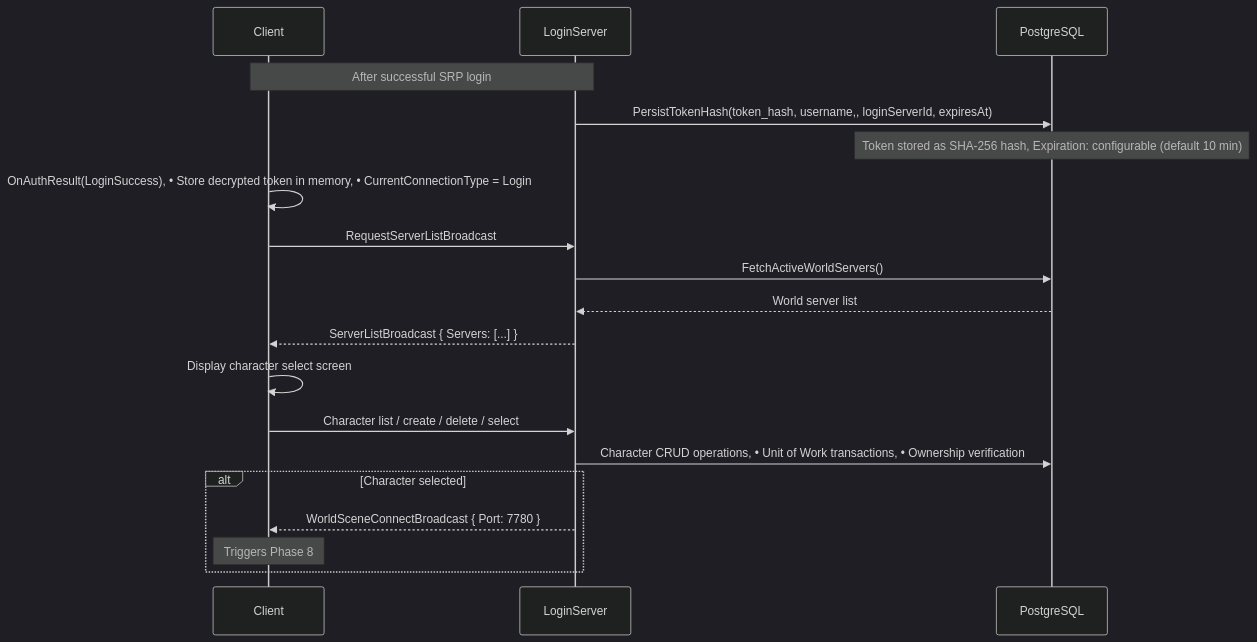
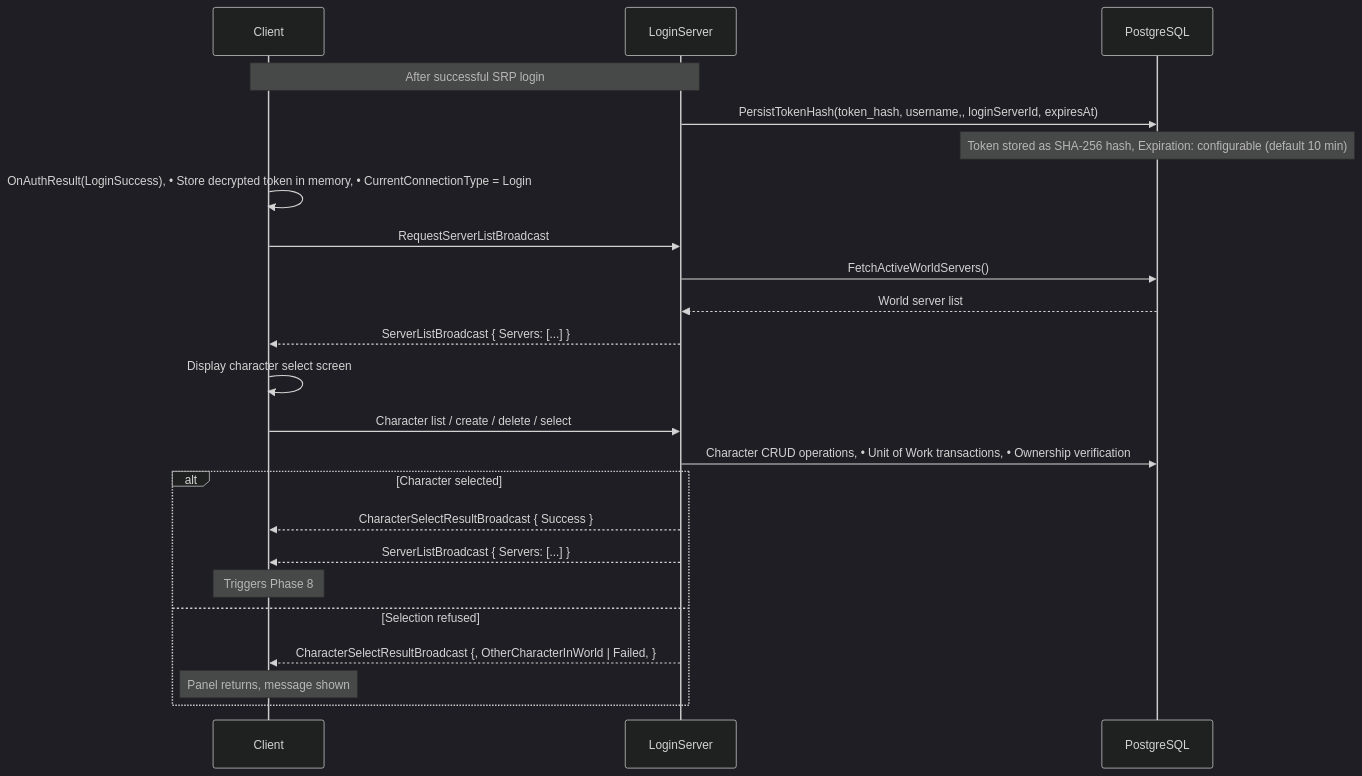
Before and after one commit to jimdroberts/FishMMO: the seventh of 13 diagrams in CONNECTION_PIPELINE.md, drawn with Mermaid (dark theme). The commit also changed other lines of this file and 19 other files, not shown here.

````diff
--- a/CONNECTION_PIPELINE.md
+++ b/CONNECTION_PIPELINE.md
@@ -449,28 +449,32 @@
 ```mermaid
 sequenceDiagram
     participant Client as Client
     participant Login as LoginServer
     participant DB as PostgreSQL
 
     Note over Client,Login: After successful SRP login
 
     Login->>DB: PersistTokenHash(token_hash, username,,   loginServerId, expiresAt)
     Note over DB: Token stored as SHA-256 hash, Expiration: configurable (default 10 min)
 
     Client->>Client: OnAuthResult(LoginSuccess), • Store decrypted token in memory, • CurrentConnectionType = Login
 
     Client->>Login: RequestServerListBroadcast
     Login->>DB: FetchActiveWorldServers()
     DB-->>Login: World server list
     Login-->>Client: ServerListBroadcast { Servers: [...] }
 
     Client->>Client: Display character select screen
     Client->>Login: Character list / create / delete / select
 
     Login->>DB: Character CRUD operations, • Unit of Work transactions, • Ownership verification
 
     alt Character selected
-        Login-->>Client: WorldSceneConnectBroadcast { Port: 7780 }
+        Login-->>Client: CharacterSelectResultBroadcast { Success }
+        Login-->>Client: ServerListBroadcast { Servers: [...] }
         Note over Client: Triggers Phase 8
+    else Selection refused
+        Login-->>Client: CharacterSelectResultBroadcast {, OtherCharacterInWorld | Failed, }
+        Note over Client: Panel returns, message shown
     end
 ```
````
